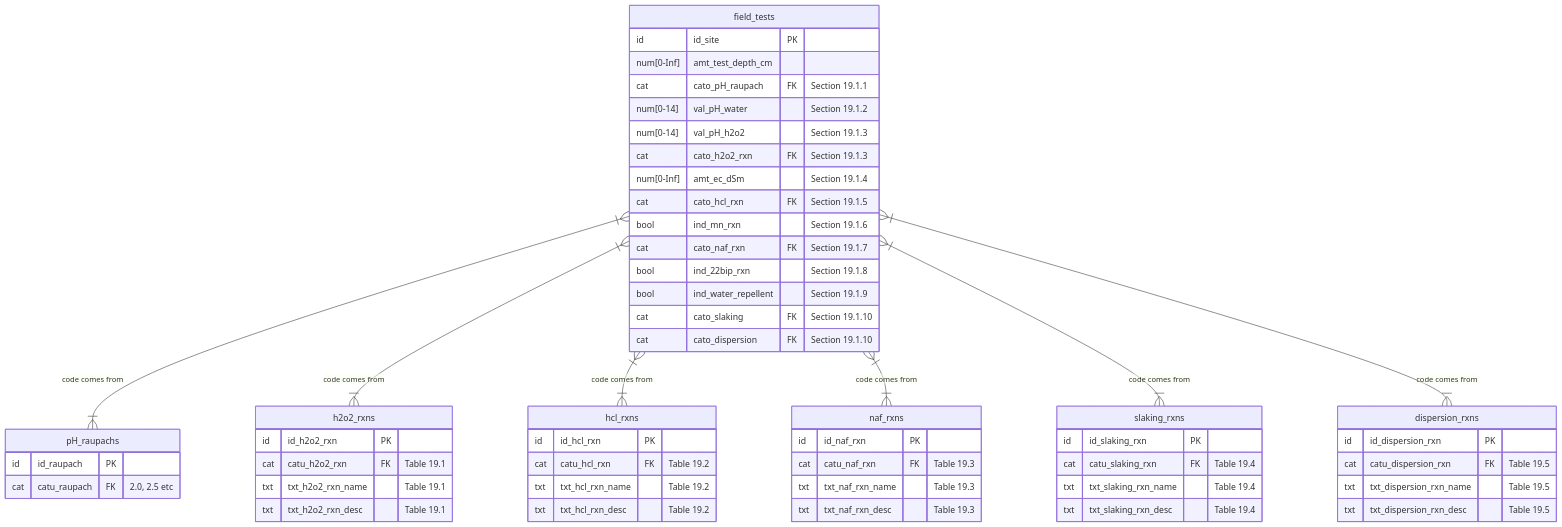
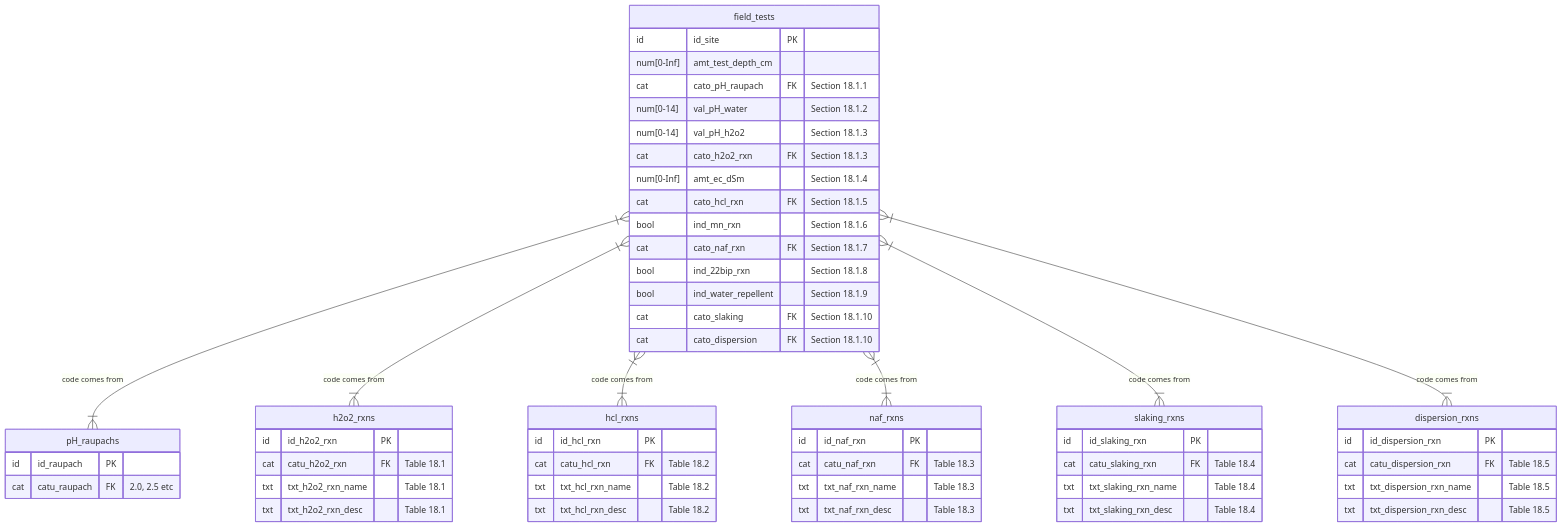
One commit to manaakiwhenua/NZ_soildesc_2024 changed diagram 21 of 25 in ap_03_database_design.qmd. Above: the diagram before and after it, drawn with Mermaid. The commit also changed other lines of this file and 5 other files, not shown here.

````diff
--- a/ap_03_database_design.qmd
+++ b/ap_03_database_design.qmd
@@ -1552,70 +1552,70 @@
 ```{mermaid}
 %%| fig-cap: "Horizon field tests - Details"
 
 %%{ init: { 'er': { 'layoutDirection': 'LR' } } }%%
 erDiagram
   field_tests }|--|{ pH_raupachs : "code comes from"
   field_tests }|--|{ h2o2_rxns : "code comes from"
   field_tests }|--|{ hcl_rxns : "code comes from"
   field_tests }|--|{ naf_rxns : "code comes from"
   field_tests }|--|{ slaking_rxns : "code comes from"
   field_tests }|--|{ dispersion_rxns : "code comes from"
   
   field_tests {
     id          id_site PK
     num[0-Inf]  amt_test_depth_cm
-    cat         cato_pH_raupach FK  "Section 19.1.1"
-    num[0-14]   val_pH_water        "Section 19.1.2"
-    num[0-14]   val_pH_h2o2         "Section 19.1.3"
-    cat         cato_h2o2_rxn FK    "Section 19.1.3"
-    num[0-Inf]  amt_ec_dSm          "Section 19.1.4"
-    cat         cato_hcl_rxn FK     "Section 19.1.5"
-    bool        ind_mn_rxn          "Section 19.1.6"
-    cat         cato_naf_rxn FK     "Section 19.1.7"
-    bool        ind_22bip_rxn       "Section 19.1.8"
-    bool        ind_water_repellent "Section 19.1.9"
-    cat         cato_slaking FK     "Section 19.1.10"
-    cat         cato_dispersion FK  "Section 19.1.10"
+    cat         cato_pH_raupach FK  "Section 18.1.1"
+    num[0-14]   val_pH_water        "Section 18.1.2"
+    num[0-14]   val_pH_h2o2         "Section 18.1.3"
+    cat         cato_h2o2_rxn FK    "Section 18.1.3"
+    num[0-Inf]  amt_ec_dSm          "Section 18.1.4"
+    cat         cato_hcl_rxn FK     "Section 18.1.5"
+    bool        ind_mn_rxn          "Section 18.1.6"
+    cat         cato_naf_rxn FK     "Section 18.1.7"
+    bool        ind_22bip_rxn       "Section 18.1.8"
+    bool        ind_water_repellent "Section 18.1.9"
+    cat         cato_slaking FK     "Section 18.1.10"
+    cat         cato_dispersion FK  "Section 18.1.10"
   }
 
   pH_raupachs {
     id          id_raupach PK
     cat         catu_raupach FK          "2.0, 2.5 etc"
   }
 
   h2o2_rxns {
     id          id_h2o2_rxn PK
-    cat         catu_h2o2_rxn FK        "Table 19.1"
-    txt         txt_h2o2_rxn_name       "Table 19.1"
-    txt         txt_h2o2_rxn_desc       "Table 19.1"
+    cat         catu_h2o2_rxn FK        "Table 18.1"
+    txt         txt_h2o2_rxn_name       "Table 18.1"
+    txt         txt_h2o2_rxn_desc       "Table 18.1"
   }
 
   hcl_rxns {
     id          id_hcl_rxn PK
-    cat         catu_hcl_rxn FK         "Table 19.2"
-    txt         txt_hcl_rxn_name        "Table 19.2"
-    txt         txt_hcl_rxn_desc        "Table 19.2"
+    cat         catu_hcl_rxn FK         "Table 18.2"
+    txt         txt_hcl_rxn_name        "Table 18.2"
+    txt         txt_hcl_rxn_desc        "Table 18.2"
   }
 
   naf_rxns {
     id          id_naf_rxn PK
-    cat         catu_naf_rxn FK         "Table 19.3"
-    txt         txt_naf_rxn_name        "Table 19.3"
-    txt         txt_naf_rxn_desc        "Table 19.3"
+    cat         catu_naf_rxn FK         "Table 18.3"
+    txt         txt_naf_rxn_name        "Table 18.3"
+    txt         txt_naf_rxn_desc        "Table 18.3"
   }
 
   slaking_rxns {
     id          id_slaking_rxn PK
-    cat         catu_slaking_rxn FK     "Table 19.4"
-    txt         txt_slaking_rxn_name    "Table 19.4"
-    txt         txt_slaking_rxn_desc    "Table 19.4"
+    cat         catu_slaking_rxn FK     "Table 18.4"
+    txt         txt_slaking_rxn_name    "Table 18.4"
+    txt         txt_slaking_rxn_desc    "Table 18.4"
   }
   
   dispersion_rxns {
     id          id_dispersion_rxn PK
-    cat         catu_dispersion_rxn FK  "Table 19.5"
-    txt         txt_dispersion_rxn_name "Table 19.5"
-    txt         txt_dispersion_rxn_desc "Table 19.5"
+    cat         catu_dispersion_rxn FK  "Table 18.5"
+    txt         txt_dispersion_rxn_name "Table 18.5"
+    txt         txt_dispersion_rxn_desc "Table 18.5"
   }
   
 ```
````
